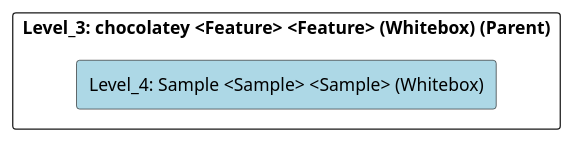
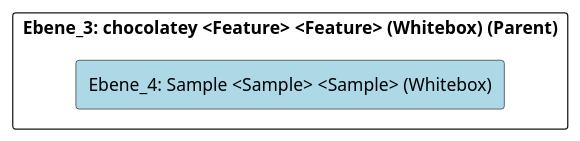
The diagram in doc/cleonproject_deliverables_architecture_model_architecture/adoc/de/05_bausteinsicht/cleon/operational_methods/chocolatey/sample/ebene_4_sample.adoc (marcozwyssig/cleon), drawn with PlantUML before and after one commit. The commit also changed other lines of this file and 214 other files, not shown here.

```diff
--- a/doc/cleonproject_deliverables_architecture_model_architecture/adoc/de/05_bausteinsicht/cleon/operational_methods/chocolatey/sample/ebene_4_sample.adoc
+++ b/doc/cleonproject_deliverables_architecture_model_architecture/adoc/de/05_bausteinsicht/cleon/operational_methods/chocolatey/sample/ebene_4_sample.adoc
@@ -20,24 +20,24 @@
-[plantuml, Level_4: Sample <Sample> <Sample> (Whitebox)BlockOverview, format="svg"]
+[plantuml, Ebene_4: Sample <Sample> <Sample> (Whitebox)BlockOverview, format="svg"]
 ----
-@startuml Level_4: Sample <Sample> <Sample> (Whitebox)BuildingBlockOverview
+@startuml Ebene_4: Sample <Sample> <Sample> (Whitebox)BuildingBlockOverview
 
 skinparam ranksep 10
 skinparam componentStyle rectangle
 skinparam shadowing false
 skinparam arrowColor lightblue
 skinparam arrowThickness 1.2
 skinparam rectangle {
   BackgroundColor White
   BorderColor #333
   RoundCorner 10
 }
 top to bottom direction
 
-component "Level_3: chocolatey <Feature> <Feature> (Whitebox) (Parent)" {
-    component "Level_4: Sample <Sample> <Sample> (Whitebox)" #lightblue {
+component "Ebene_3: chocolatey <Feature> <Feature> (Whitebox) (Parent)" {
+    component "Ebene_4: Sample <Sample> <Sample> (Whitebox)" #lightblue {
     }
 
 }
 
 @enduml
 ----
```
